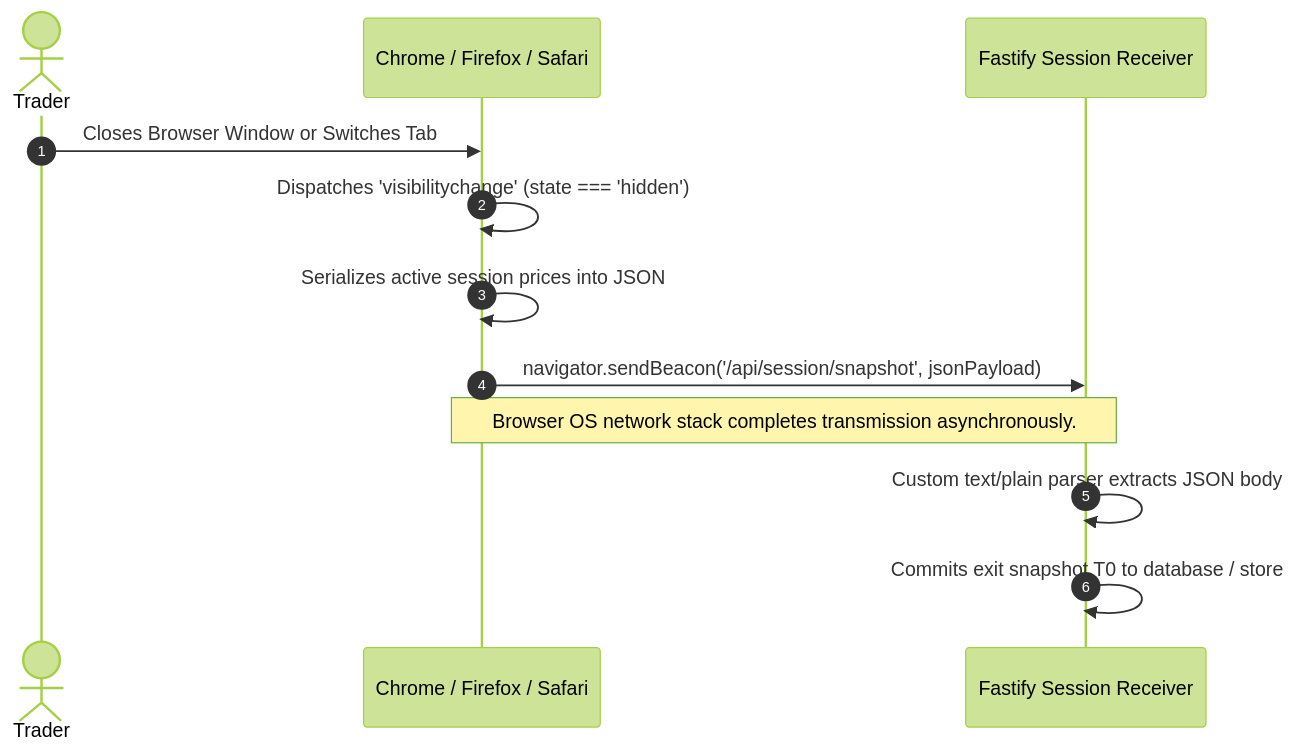
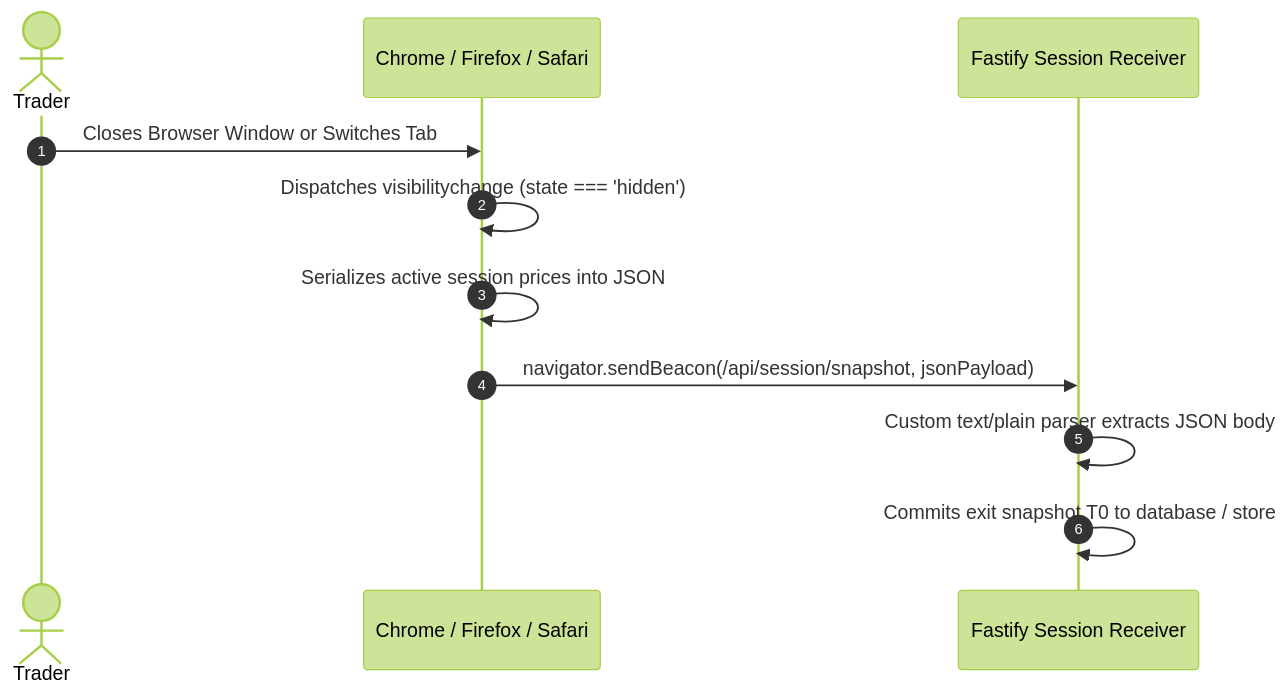
The seventh of 8 diagrams in ARCHITECTURE.md (Khushi1310-nayak/PulseMark), drawn with Mermaid (forest theme) before and after one commit. The commit also changed other lines of this file, not shown here.

Commit message:
fix(docs): resolve GitHub Mermaid diagram syntax errors and replace gantt with flowchart

````diff
--- a/ARCHITECTURE.md
+++ b/ARCHITECTURE.md
@@ -324,15 +325,14 @@
 ```mermaid
 sequenceDiagram
     autonumber
     actor Trader as Trader
     participant Browser as Chrome / Firefox / Safari
     participant API as Fastify Session Receiver
 
     Trader->>Browser: Closes Browser Window or Switches Tab
-    Browser->>Browser: Dispatches 'visibilitychange' (state === 'hidden')
+    Browser->>Browser: Dispatches visibilitychange (state === 'hidden')
     Browser->>Browser: Serializes active session prices into JSON
-    Browser->>API: navigator.sendBeacon('/api/session/snapshot', jsonPayload)
-    Note over Browser,API: Browser OS network stack completes transmission asynchronously.
+    Browser->>API: navigator.sendBeacon(/api/session/snapshot, jsonPayload)
     API->>API: Custom text/plain parser extracts JSON body
     API->>API: Commits exit snapshot T0 to database / store
 ```
````
